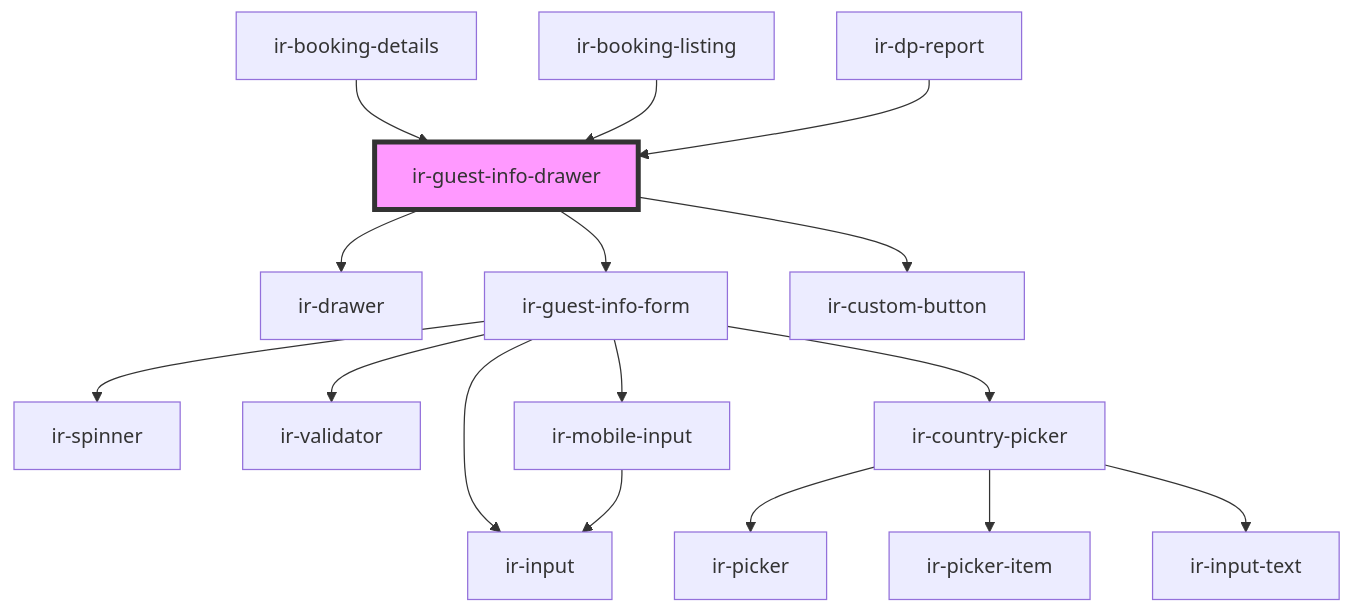
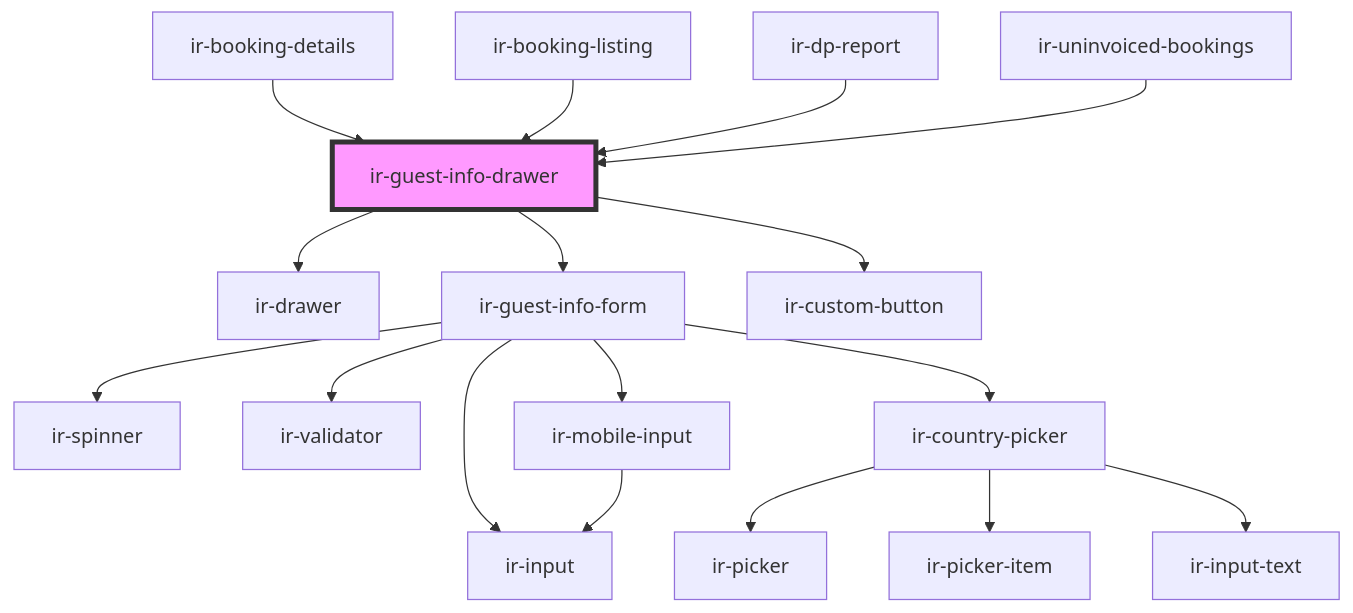
One commit to RonyRizk/ir-webcmp changed the diagram in src/components/ir-guest-info/ir-guest-info-drawer/readme.md. Above: the diagram before and after it, drawn with Mermaid. The commit also changed other lines of this file and 244 other files, not shown here.

````diff
--- a/src/components/ir-guest-info/ir-guest-info-drawer/readme.md
+++ b/src/components/ir-guest-info/ir-guest-info-drawer/readme.md
@@ -43,19 +44,20 @@
 ```mermaid
 graph TD;
   ir-guest-info-drawer --> ir-drawer
   ir-guest-info-drawer --> ir-guest-info-form
   ir-guest-info-drawer --> ir-custom-button
   ir-guest-info-form --> ir-spinner
   ir-guest-info-form --> ir-validator
   ir-guest-info-form --> ir-input
   ir-guest-info-form --> ir-country-picker
   ir-guest-info-form --> ir-mobile-input
   ir-country-picker --> ir-picker
   ir-country-picker --> ir-picker-item
   ir-country-picker --> ir-input-text
   ir-mobile-input --> ir-input
   ir-booking-details --> ir-guest-info-drawer
   ir-booking-listing --> ir-guest-info-drawer
   ir-dp-report --> ir-guest-info-drawer
+  ir-uninvoiced-bookings --> ir-guest-info-drawer
   style ir-guest-info-drawer fill:#f9f,stroke:#333,stroke-width:4px
 ```
````
